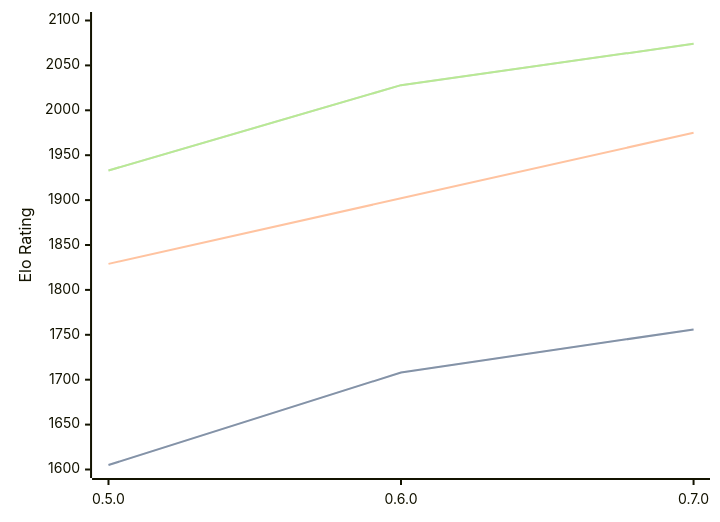
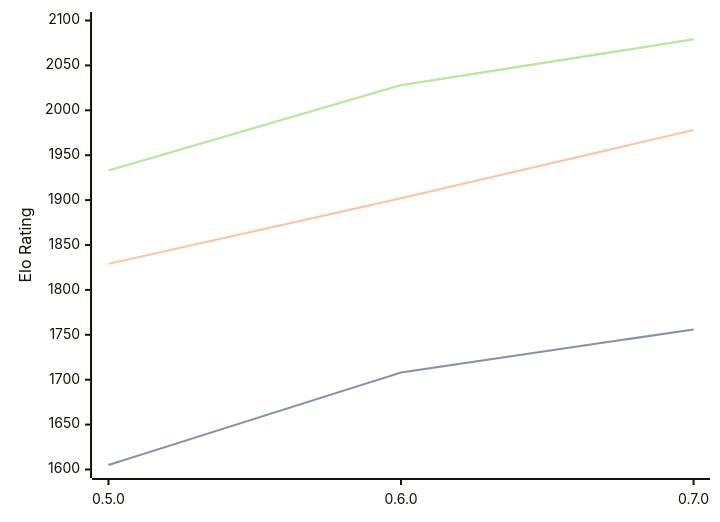
The diagram in engines/Chess-rs.md (computer-chess-index/cci), drawn with Mermaid before and after one commit. The commit also changed other lines of this file, not shown here.

Commit message:
Update CCI Ratings (ELO VLTC) - 2026-02-27

````diff
--- a/engines/Chess-rs.md
+++ b/engines/Chess-rs.md
@@ -39,11 +39,11 @@
 ```mermaid
 %%{init: {"theme":"base","themeVariables":{"seriesColors:['#a3a3a3','#222221','#faa371']}}}%%
 xychart-beta
   x-axis ["0.5.0", "0.6.0", "0.7.0"]
   y-axis "Elo Rating" 1600 --> 2100
   line "STC (8.0+0.08s)" [1605, 1708, 1756]
   line "STC (8.0+0.08s)" [1605, 1708, 1756]
-  line "LTC (60.0+0.60s)" [1829, 1902, 1975]
-  line "VLTC (2m24s+1.12s)" [1933, 2028, 2074]
-  line "VLTC (2m24s+1.12s)" [1933, 2028, 2074]
+  line "LTC (60.0+0.60s)" [1829, 1902, 1978]
+  line "VLTC (2m24s+1.12s)" [1933, 2028, 2079]
+  line "VLTC (2m24s+1.12s)" [1933, 2028, 2079]
 ```
````
